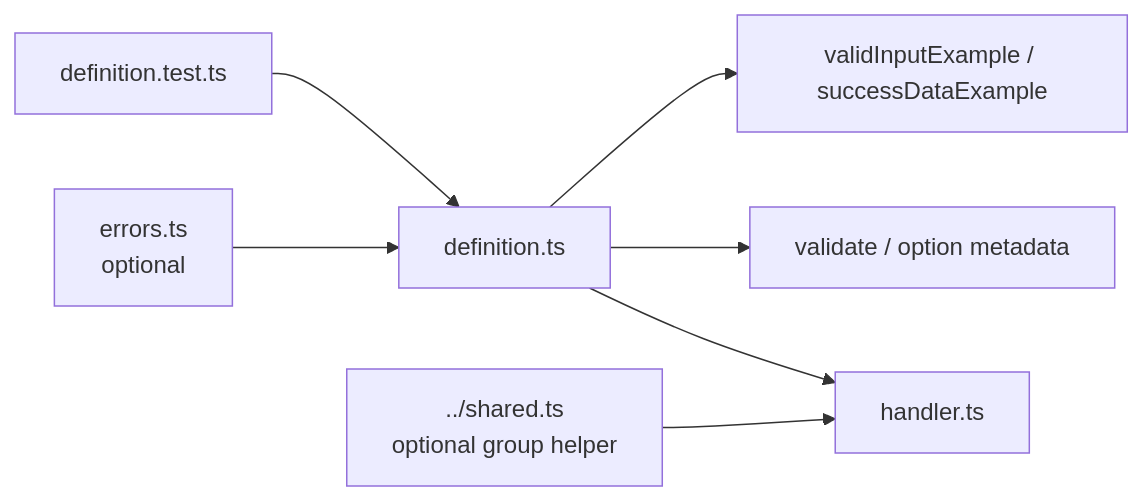
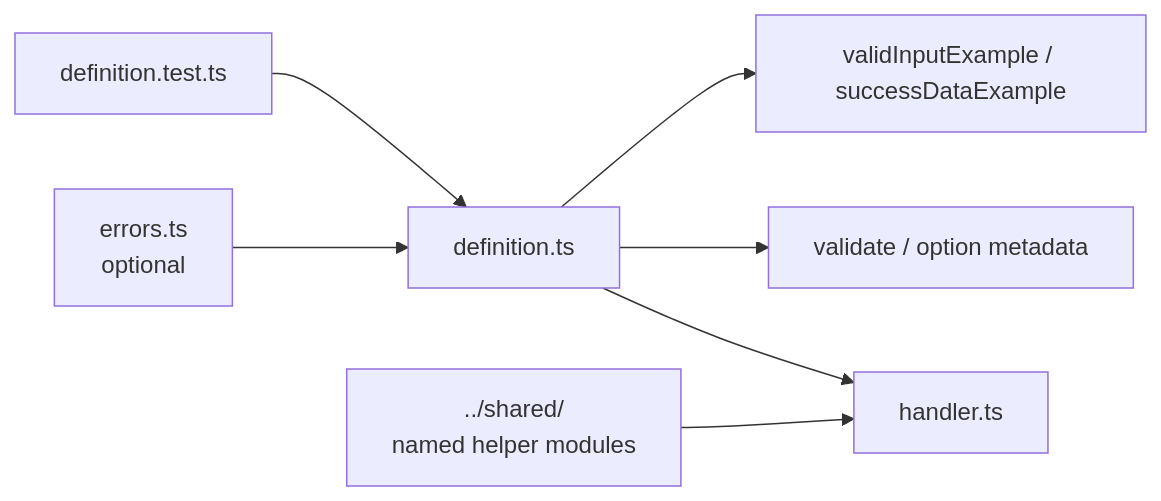
The second of 2 diagrams in docs/architecture/overview.md (throw-if-null/orfe), drawn with Mermaid before and after one commit. The commit also changed other lines of this file and 44 other files, not shown here.

````diff
--- a/docs/architecture/overview.md
+++ b/docs/architecture/overview.md
@@ -194,9 +196,9 @@
 ```mermaid
 graph LR
   Definition[definition.ts] --> Handler[handler.ts]
   Definition --> Validation[validate / option metadata]
   Definition --> Examples[validInputExample / successDataExample]
   Errors[errors.ts<br/>optional] --> Definition
   Tests[definition.test.ts] --> Definition
-  Shared[../shared.ts<br/>optional group helper] --> Handler
+  Shared[../shared/<br/>named helper modules] --> Handler
 ```
````
